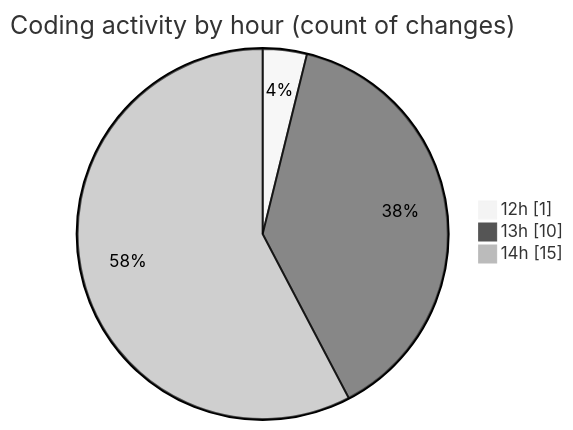
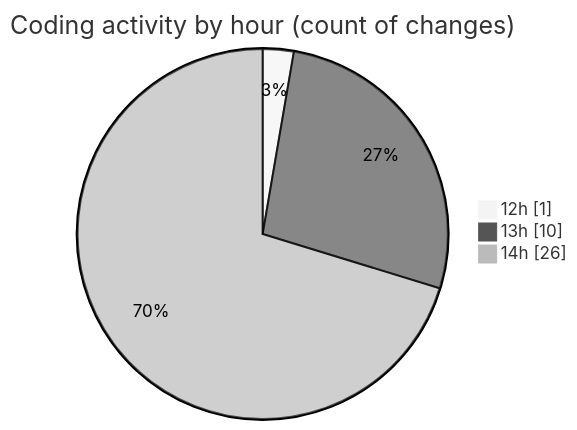
One commit to charlie-sans/code-tracking changed the second of 2 diagrams in 2025-04-29/uhigh-lang/README.md. Above: the diagram before and after it, drawn with Mermaid (neutral theme). The commit also changed other lines of this file and 1 other file, not shown here.

````diff
--- a/2025-04-29/uhigh-lang/README.md
+++ b/2025-04-29/uhigh-lang/README.md
@@ -37,7 +37,7 @@
 ```mermaid
 pie showData
 title Coding activity by hour (count of changes)
 "12h" : 1
 "13h" : 10
-"14h" : 15
+"14h" : 26
 ```
````
